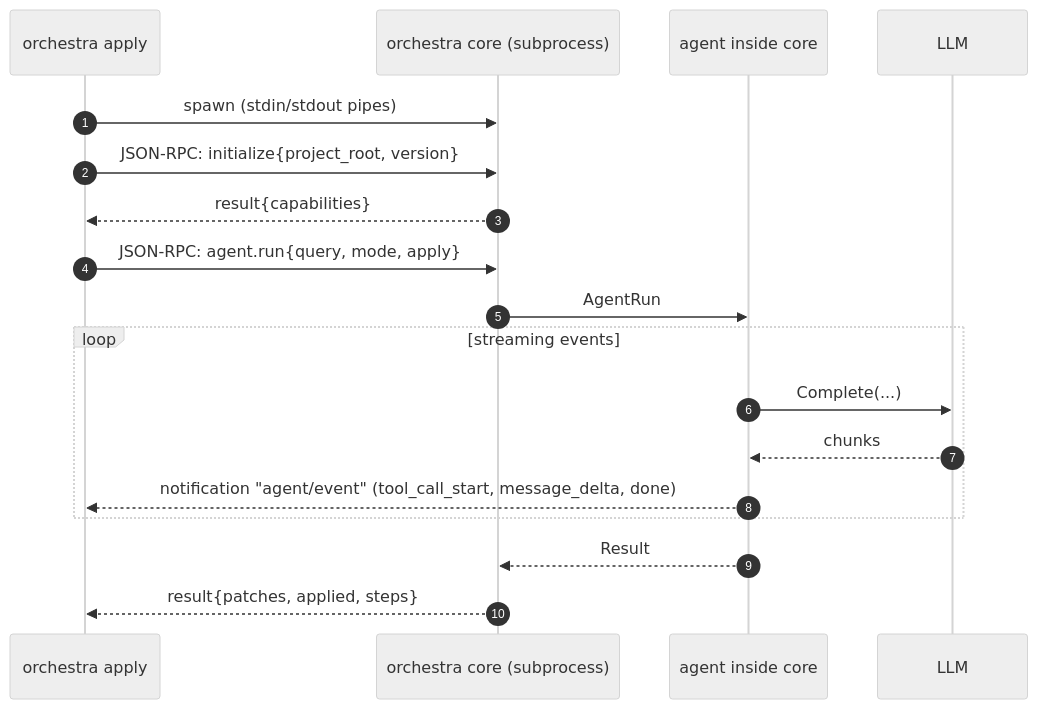
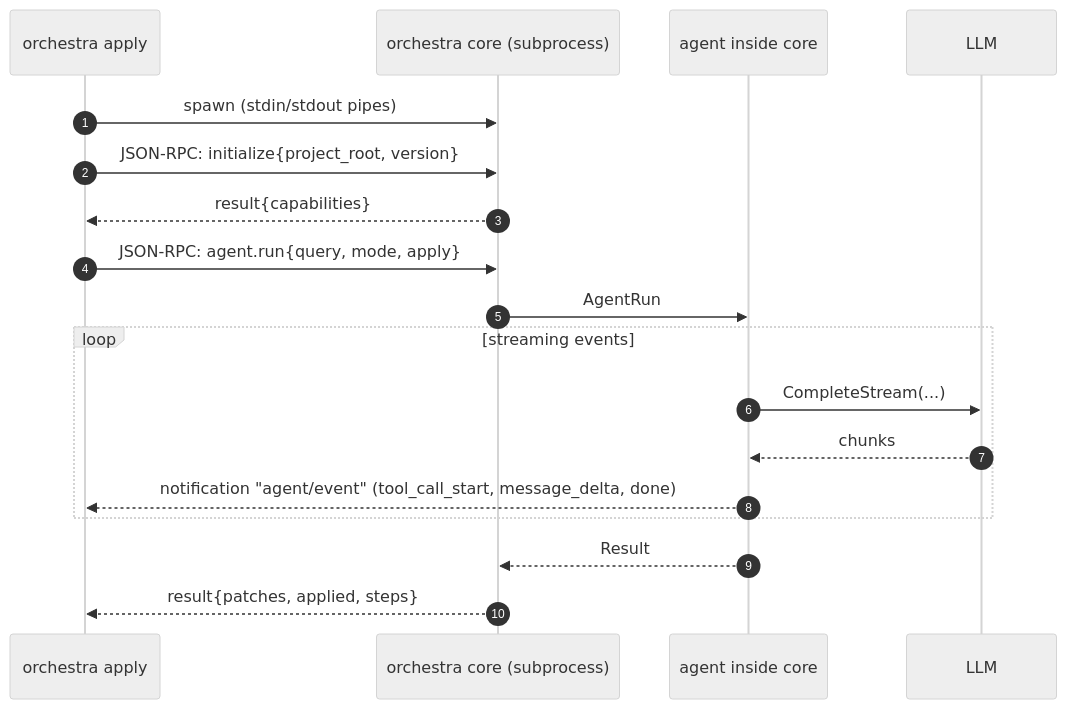
The second of 6 diagrams in docs/commands-and-modes.md (GreyKxtx/Orchestra), drawn with Mermaid (neutral theme) before and after one commit. The commit also changed other lines of this file and 99 other files, not shown here.

````diff
--- a/docs/commands-and-modes.md
+++ b/docs/commands-and-modes.md
@@ -507,21 +496,21 @@
 ```mermaid
 sequenceDiagram
     autonumber
     participant CLI as orchestra apply
     participant Child as orchestra core (subprocess)
     participant Ag as agent inside core
     participant LLM as LLM
 
     CLI->>Child: spawn (stdin/stdout pipes)
     CLI->>Child: JSON-RPC: initialize{project_root, version}
     Child-->>CLI: result{capabilities}
     CLI->>Child: JSON-RPC: agent.run{query, mode, apply}
     Child->>Ag: AgentRun
     loop streaming events
-        Ag->>LLM: Complete(...)
+        Ag->>LLM: CompleteStream(...)
         LLM-->>Ag: chunks
         Ag-->>CLI: notification "agent/event" (tool_call_start, message_delta, done)
     end
     Ag-->>Child: Result
     Child-->>CLI: result{patches, applied, steps}
 ```
````
